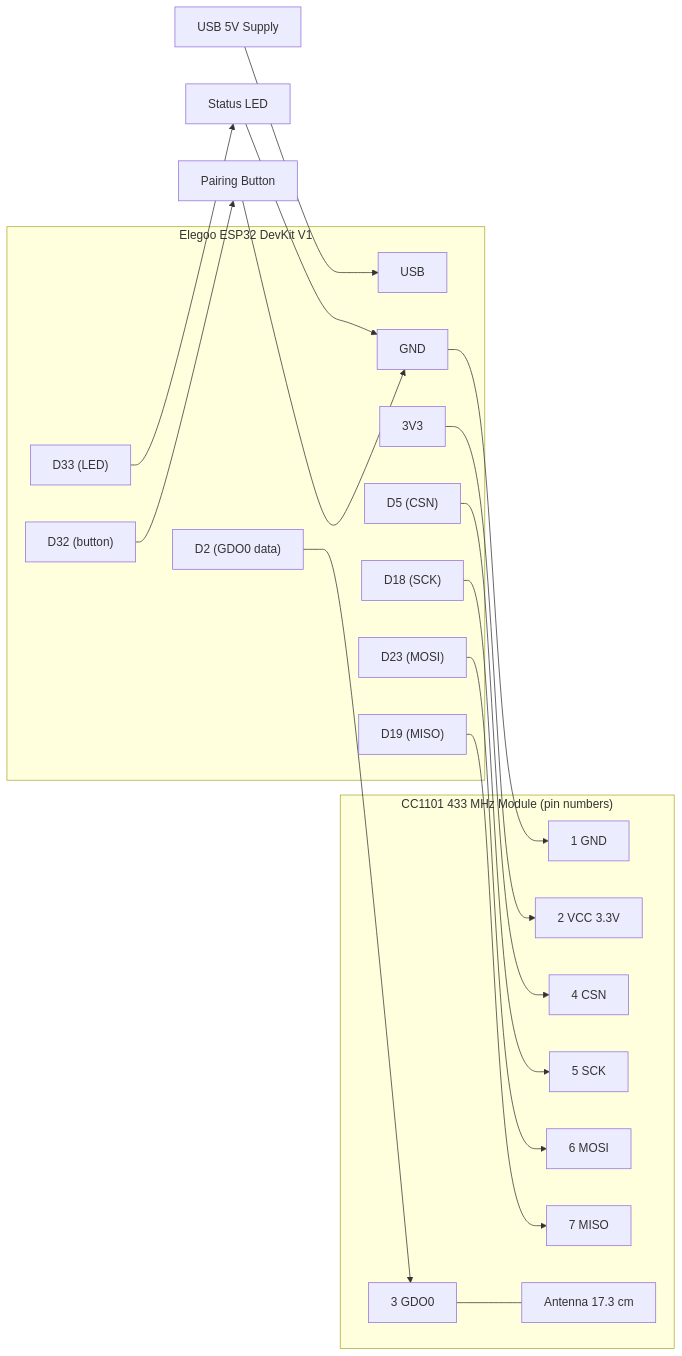
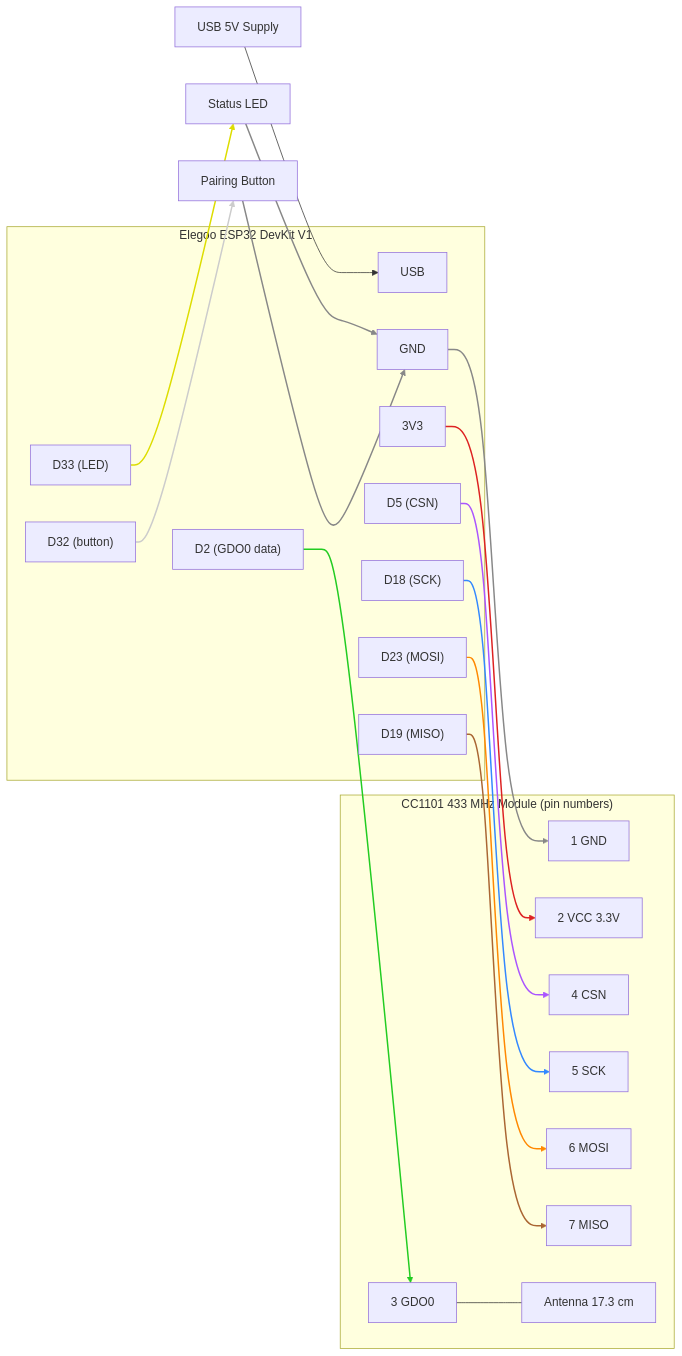
Before and after one commit to tillig/somfy-matter-remote: the diagram in docs/hardware.md, drawn with Mermaid. The commit also changed other lines of this file, not shown here.

First line of the commit message:
Color the wiring diagram edges to match the as-built wire colors (#6)

````diff
--- a/docs/hardware.md
+++ b/docs/hardware.md
@@ -113,42 +113,55 @@
 ```mermaid
 flowchart LR
     usb["USB 5V Supply"] --> esp32_usb
     subgraph esp32["Elegoo ESP32 DevKit V1"]
       esp32_usb["USB"]
       esp32_3v3["3V3"]
       esp32_gnd["GND"]
       esp32_d2["D2 (GDO0 data)"]
       esp32_d5["D5 (CSN)"]
       esp32_d18["D18 (SCK)"]
       esp32_d19["D19 (MISO)"]
       esp32_d23["D23 (MOSI)"]
       esp32_d32["D32 (button)"]
       esp32_d33["D33 (LED)"]
     end
     subgraph cc1101["CC1101 433 MHz Module (pin numbers)"]
       cc_gnd["1 GND"]
       cc_vcc["2 VCC 3.3V"]
       cc_gdo0["3 GDO0"]
       cc_csn["4 CSN"]
       cc_sck["5 SCK"]
       cc_mosi["6 MOSI"]
       cc_miso["7 MISO"]
       cc_ant["Antenna 17.3 cm"]
     end
 
     esp32_3v3 --> cc_vcc
     esp32_gnd --> cc_gnd
     esp32_d18 --> cc_sck
     esp32_d19 --> cc_miso
     esp32_d23 --> cc_mosi
     esp32_d5 --> cc_csn
     esp32_d2 --> cc_gdo0
     cc_gdo0 --- cc_ant
 
     button["Pairing Button"]
     led["Status LED"]
     esp32_d32 --> button
     button --> esp32_gnd
     esp32_d33 --> led
     led --> esp32_gnd
+
+    %% Edge colors match the as-built wire colors listed below the diagram.
+    %% linkStyle indices are positional, counted from 0 in the order the edges
+    %% are declared above, so adding or reordering an edge shifts them.
+    linkStyle 1 stroke:#d22,stroke-width:2px
+    linkStyle 2,10,12 stroke:#888,stroke-width:2px
+    linkStyle 3 stroke:#38f,stroke-width:2px
+    linkStyle 4 stroke:#a63,stroke-width:2px
+    linkStyle 5 stroke:#f80,stroke-width:2px
+    linkStyle 6 stroke:#a5f,stroke-width:2px
+    linkStyle 7 stroke:#2c2,stroke-width:2px
+    linkStyle 9 stroke:#ccc,stroke-width:2px
+    linkStyle 11 stroke:#dd0,stroke-width:2px
 ```
````
